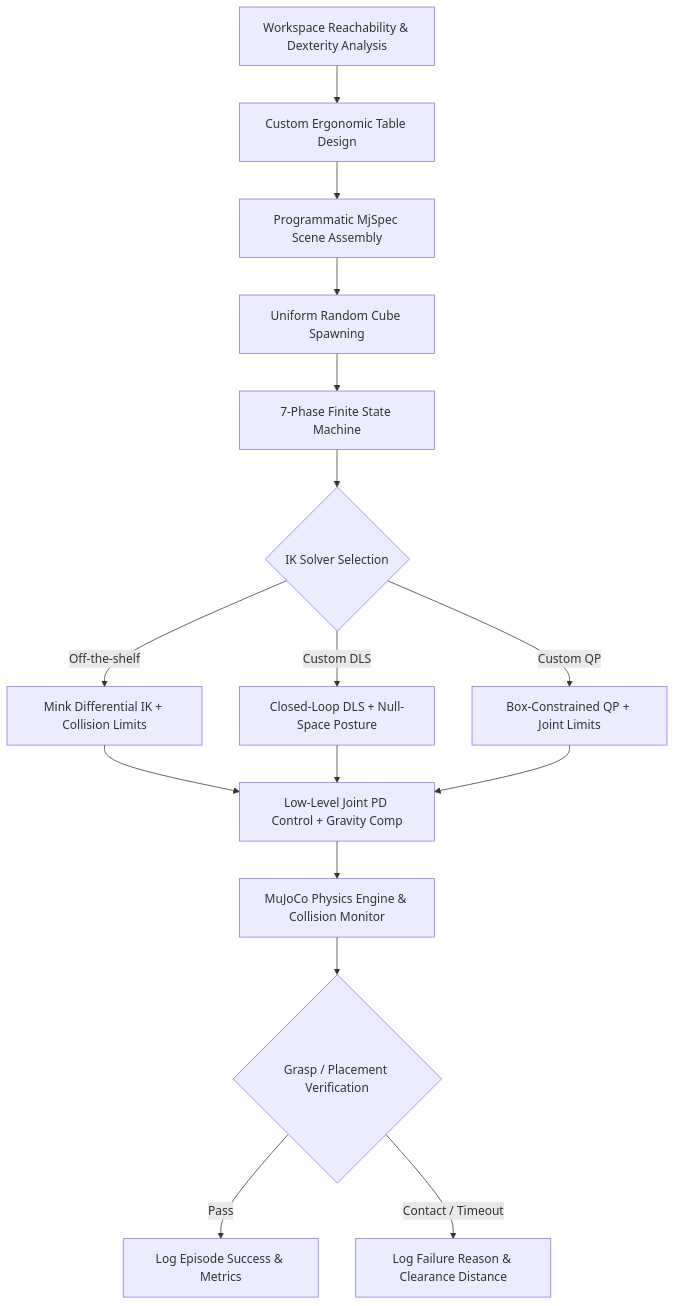
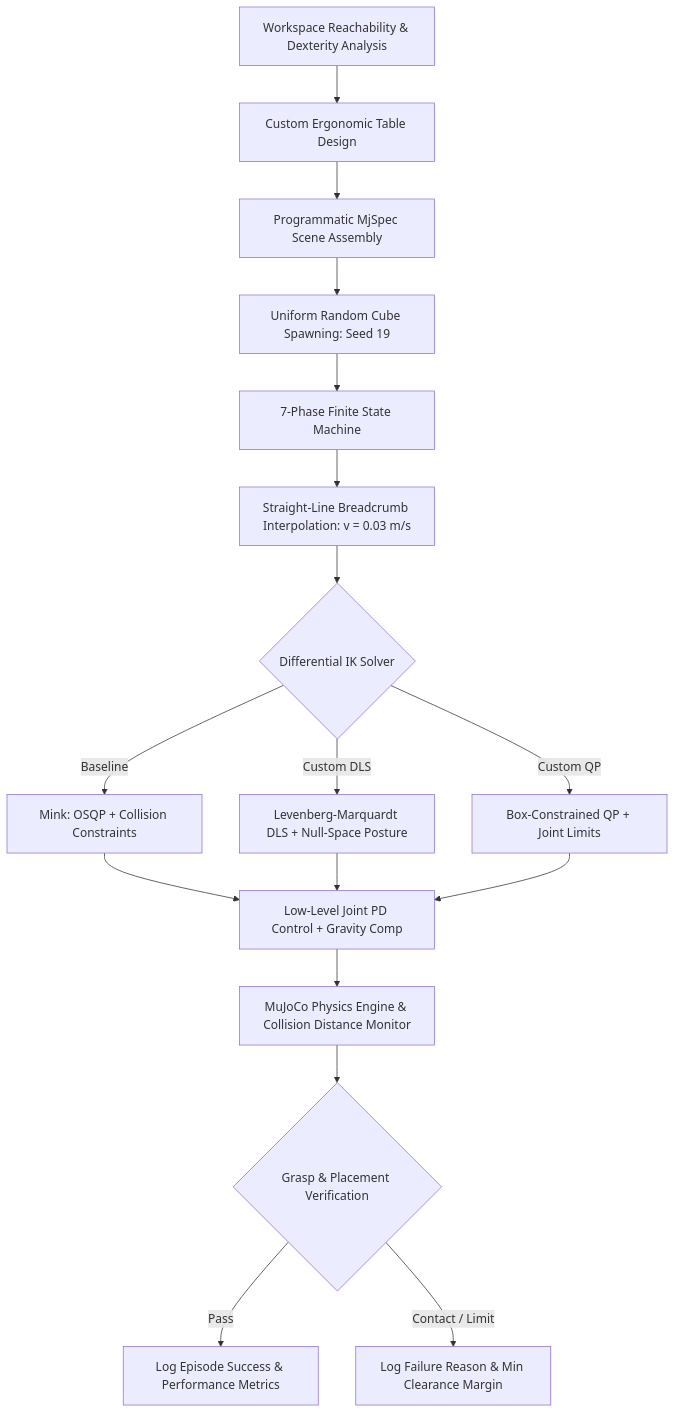
Before and after one commit to RishabhShahIITGN/ME-639: the diagram in lab/lab-03/README.md, drawn with Mermaid. The commit also changed other lines of this file and 12 other files, not shown here.

````diff
--- a/lab/lab-03/README.md
+++ b/lab/lab-03/README.md
@@ -44,18 +55,19 @@
 ```mermaid
 flowchart TD
     A[Workspace Reachability & Dexterity Analysis] --> B[Custom Ergonomic Table Design]
     B --> C[Programmatic MjSpec Scene Assembly]
-    C --> D[Uniform Random Cube Spawning]
+    C --> D[Uniform Random Cube Spawning: Seed 19]
     D --> E[7-Phase Finite State Machine]
-    E --> F{IK Solver Selection}
-    F -->|Off-the-shelf| G[Mink Differential IK + Collision Limits]
-    F -->|Custom DLS| H[Closed-Loop DLS + Null-Space Posture]
-    F -->|Custom QP| I[Box-Constrained QP + Joint Limits]
-    G --> J[Low-Level Joint PD Control + Gravity Comp]
-    H --> J
-    I --> J
-    J --> K[MuJoCo Physics Engine & Collision Monitor]
-    K --> L{Grasp / Placement Verification}
-    L -->|Pass| M[Log Episode Success & Metrics]
-    L -->|Contact / Timeout| N[Log Failure Reason & Clearance Distance]
+    E --> F[Straight-Line Breadcrumb Interpolation: v = 0.03 m/s]
+    F --> G{Differential IK Solver}
+    G -->|Baseline| H[Mink: OSQP + Collision Constraints]
+    G -->|Custom DLS| I[Levenberg-Marquardt DLS + Null-Space Posture]
+    G -->|Custom QP| J[Box-Constrained QP + Joint Limits]
+    H --> K[Low-Level Joint PD Control + Gravity Comp]
+    I --> K
+    J --> K
+    K --> L[MuJoCo Physics Engine & Collision Distance Monitor]
+    L --> M{Grasp & Placement Verification}
+    M -->|Pass| N[Log Episode Success & Performance Metrics]
+    M -->|Contact / Limit| O[Log Failure Reason & Min Clearance Margin]
 ```
````
